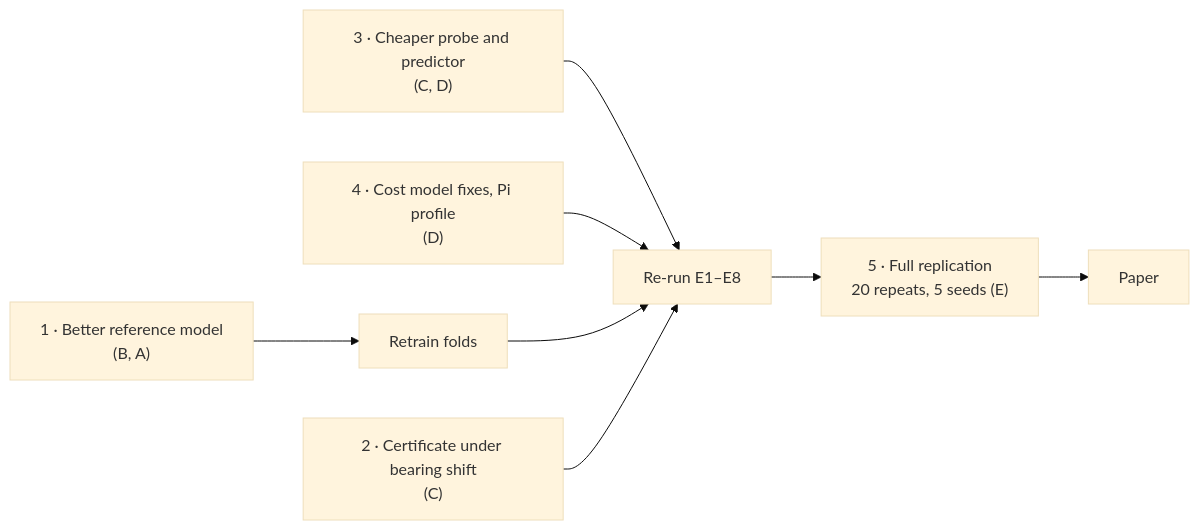
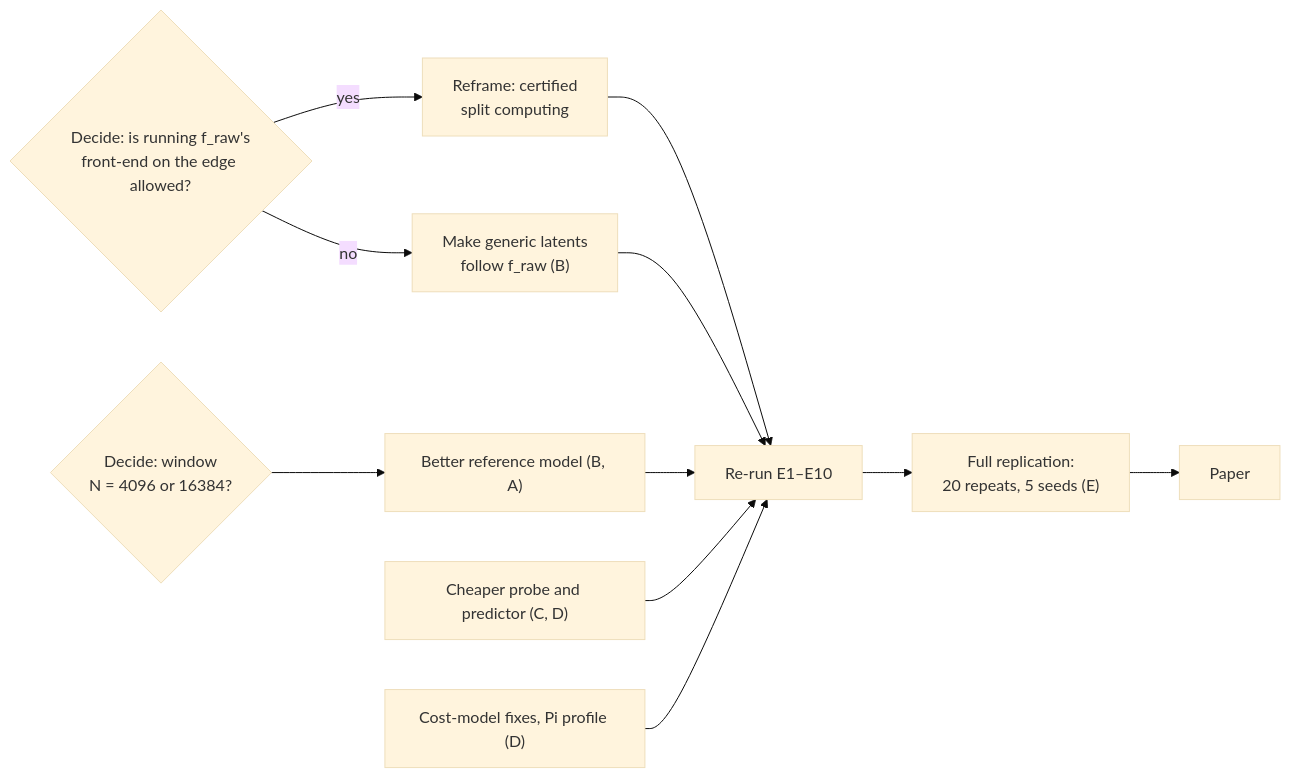
The diagram in worksplit.md (PRATHVI9607/RepRoute), drawn with Mermaid (base theme) before and after one commit. The commit also changed other lines of this file and 151 other files, not shown here.

Commit message:
Done:modifs to architecture , fixed bugs and errors and headers issue, new todo:find a better dataset with more headers please

````diff
--- a/worksplit.md
+++ b/worksplit.md
@@ -32,10 +43,13 @@
 ```mermaid
 flowchart LR
-    P1["1 · Better reference model<br/>(B, A)"] --> RETRAIN["Retrain folds"]
-    P3["3 · Cheaper probe and predictor<br/>(C, D)"] --> RERUN
-    P4["4 · Cost model fixes, Pi profile<br/>(D)"] --> RERUN
-    RETRAIN --> RERUN["Re-run E1–E8"]
-    P2["2 · Certificate under bearing shift<br/>(C)"] --> RERUN
-    RERUN --> P5["5 · Full replication<br/>20 repeats, 5 seeds (E)"]
+    D1{"Decide: is running f_raw's<br/>front-end on the edge allowed?"} -->|yes| P1A["Reframe: certified<br/>split computing"]
+    D1 -->|no| P1B["Make generic latents<br/>follow f_raw (B)"]
+    D2{"Decide: window<br/>N = 4096 or 16384?"} --> P2["Better reference model (B, A)"]
+    P1A --> RERUN["Re-run E1–E10"]
+    P1B --> RERUN
+    P2 --> RERUN
+    P3["Cheaper probe and predictor (C, D)"] --> RERUN
+    P4["Cost-model fixes, Pi profile (D)"] --> RERUN
+    RERUN --> P5["Full replication:<br/>20 repeats, 5 seeds (E)"]
     P5 --> PAPER["Paper"]
 ```
````
